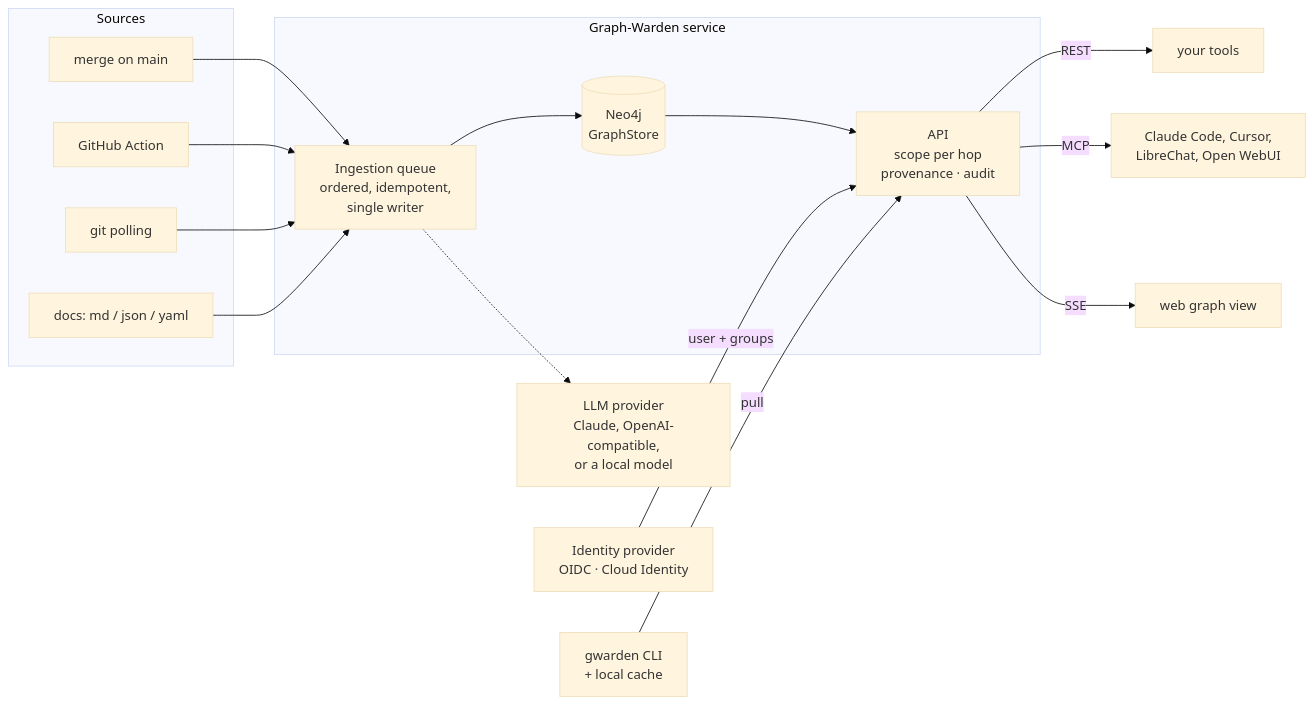
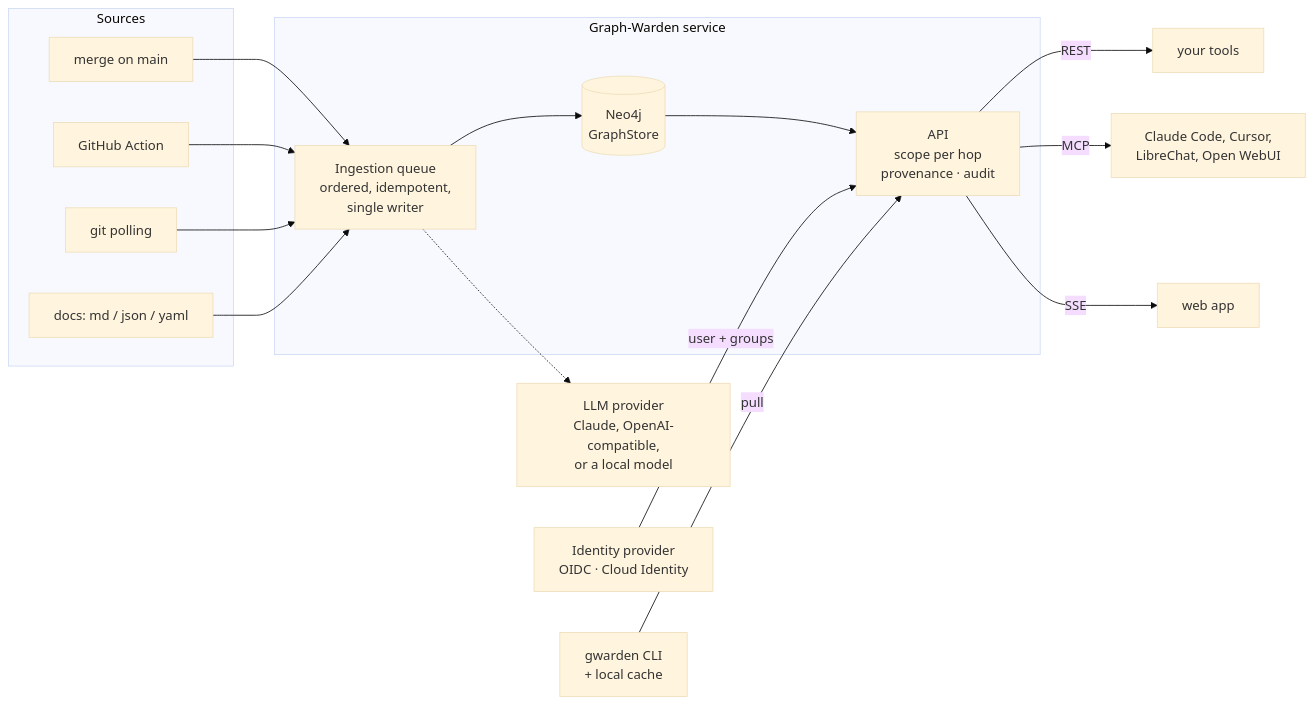
Before and after one commit to Graph-Warden/graph-warden: the third of 8 diagrams in README.md, drawn with Mermaid (base theme). The commit also changed other lines of this file and 60 other files, not shown here.

First line of the commit message:
feat: web app, live stream and wiki pages (#55)

````diff
--- a/README.md
+++ b/README.md
@@ -207,29 +223,29 @@
 ```mermaid
 flowchart LR
     subgraph Sources
         S1[merge on main]
         S2[GitHub Action]
         S3[git polling]
         S4[docs: md / json / yaml]
     end
 
     subgraph Service["Graph-Warden service"]
         Q["Ingestion queue<br/>ordered, idempotent,<br/>single writer"]
         G[("Neo4j<br/>GraphStore")]
         API["API<br/>scope per hop<br/>provenance · audit"]
         Q --> G
         G --> API
     end
 
     IdP["Identity provider<br/>OIDC · Cloud Identity"]
     LLM["LLM provider<br/>Claude, OpenAI-compatible,<br/>or a local model"]
 
     S1 & S2 & S3 & S4 --> Q
     Q -.-> LLM
     IdP -- "user + groups" --> API
 
     API -- REST --> C1[your tools]
     API -- MCP --> C2["Claude Code, Cursor,<br/>LibreChat, Open WebUI"]
-    API -- SSE --> C3[web graph view]
+    API -- SSE --> C3[web app]
     C4["gwarden CLI<br/>+ local cache"] -- pull --> API
 ```
````
